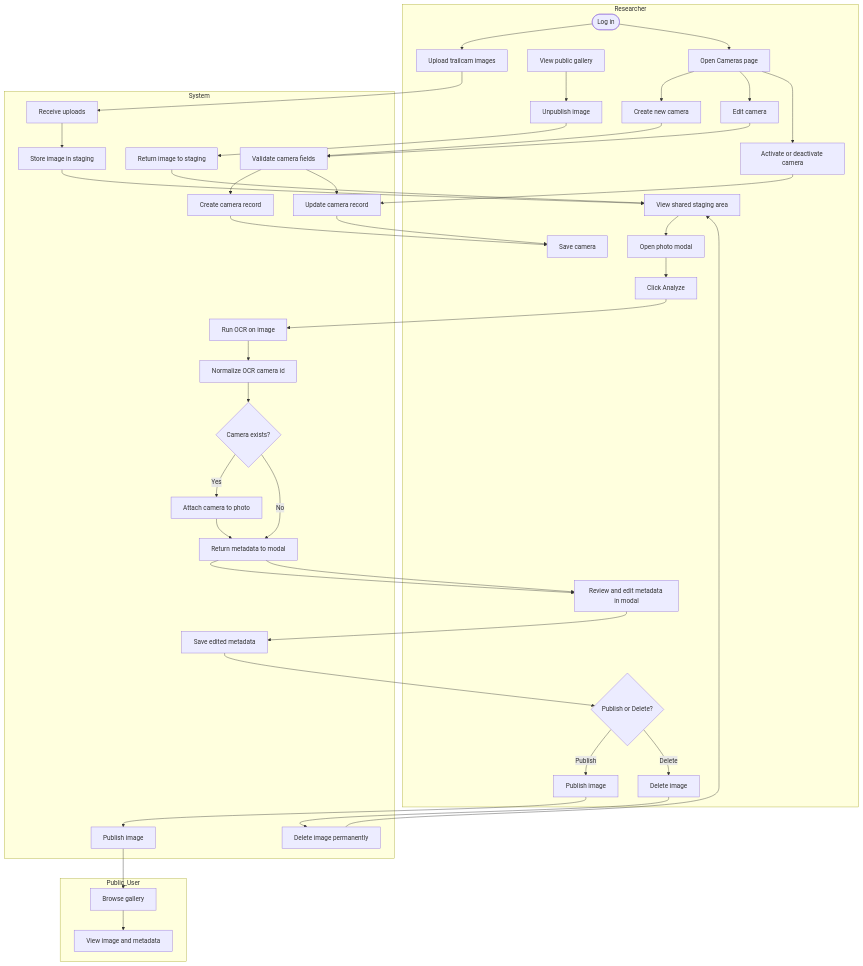
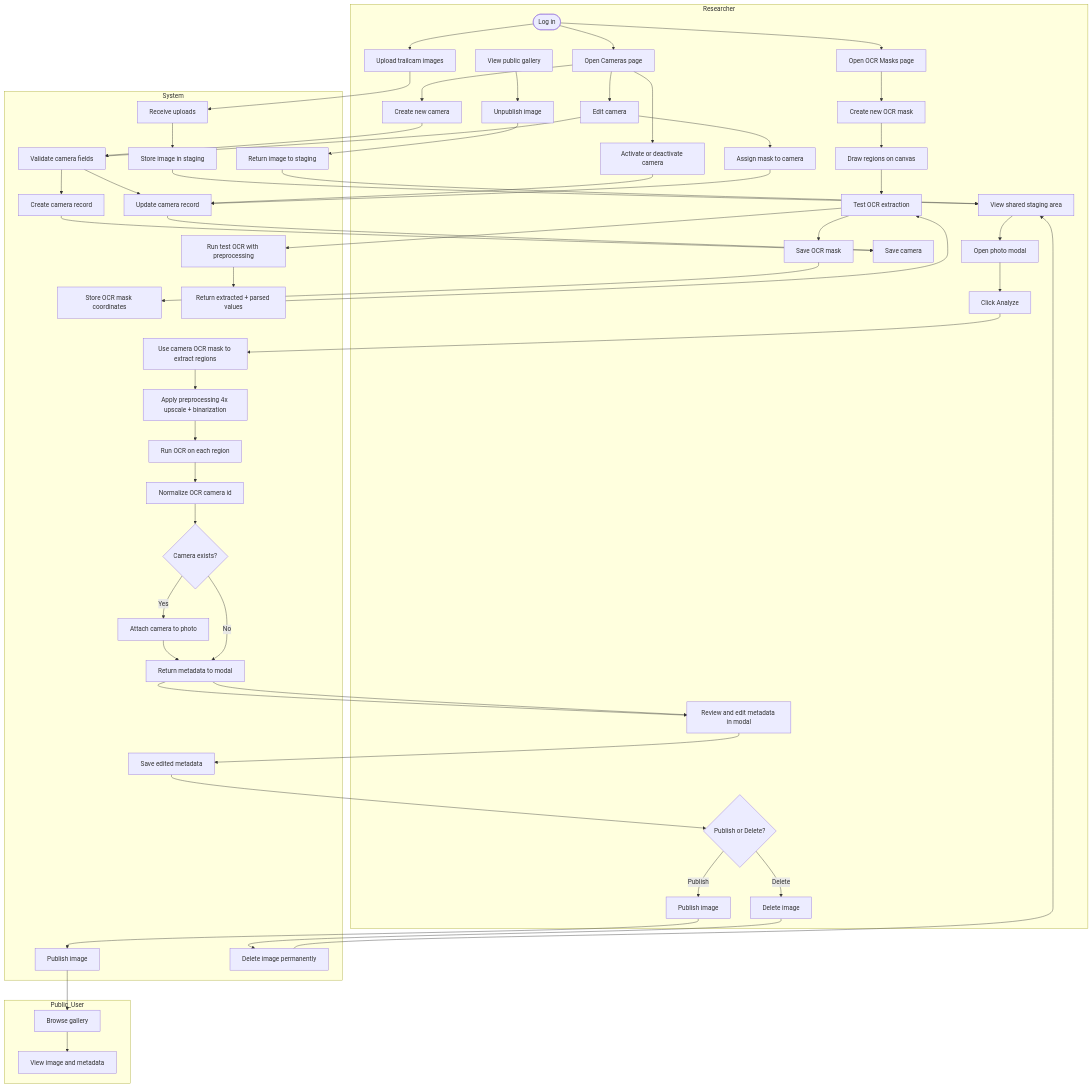
Before and after one commit to RyanEAA/django-trailcam-animal-tracker: the first of 3 diagrams in README.md, drawn with Mermaid. The commit also changed other lines of this file, not shown here.

````diff
--- a/README.md
+++ b/README.md
@@ -252,63 +260,82 @@
 ```mermaid
 flowchart TD
 
 %% ========= ROLES / SWIMLANES =========
 subgraph Researcher
   R1([Log in])
   R2[Upload trailcam images]
   R3[View shared staging area]
   R4[Open photo modal]
   R5[Click Analyze]
   R6[Review and edit metadata in modal]
   R7{Publish or Delete?}
   R8[Publish image]
   R9[Delete image]
   R10[View public gallery]
   R11[Unpublish image]
 
   RC1[Open Cameras page]
   RC2[Create new camera]
   RC3[Edit camera]
   RC4[Save camera]
   RC5[Activate or deactivate camera]
+  
+  RM1[Open OCR Masks page]
+  RM2[Create new OCR mask]
+  RM3[Draw regions on canvas]
+  RM4[Test OCR extraction]
+  RM5[Save OCR mask]
+  RM6[Assign mask to camera]
 end
 
 subgraph System
   S1[Receive uploads]
   S2[Store image in staging]
-  S3[Run OCR on image]
+  S3[Use camera OCR mask to extract regions]
+  S3B[Apply preprocessing 4x upscale + binarization]
+  S3C[Run OCR on each region]
   S3A[Normalize OCR camera id]
   S4{Camera exists?}
   S5[Attach camera to photo]
   S6[Return metadata to modal]
   S7[Save edited metadata]
   S8[Publish image]
   S9[Delete image permanently]
   S10[Return image to staging]
 
   SC1[Validate camera fields]
   SC2[Create camera record]
   SC3[Update camera record]
+  
+  SM1[Store OCR mask coordinates]
+  SM2[Run test OCR with preprocessing]
+  SM3[Return extracted + parsed values]
 end
 
 subgraph Public_User
   P1[Browse gallery]
   P2[View image and metadata]
 end
 
 %% ========= PHOTO FLOW =========
-R1 --> R2 --> S1 --> S2 --> R3 --> R4 --> R5 --> S3 --> S3A --> S4
+R1 --> R2 --> S1 --> S2 --> R3 --> R4 --> R5 --> S3 --> S3B --> S3C --> S3A --> S4
 S4 -->|Yes| S5 --> S6 --> R6 --> S7 --> R7
 S4 -->|No| S6 --> R6
 
 R7 -->|Publish| R8 --> S8 --> P1 --> P2
 R7 -->|Delete| R9 --> S9 --> R3
 
 R10 --> R11 --> S10 --> R3
 
 %% ========= CAMERA FLOW =========
 R1 --> RC1
 RC1 --> RC2 --> SC1 --> SC2 --> RC4
 RC1 --> RC3 --> SC1 --> SC3 --> RC4
 RC1 --> RC5 --> SC3
+
+%% ========= OCR MASK FLOW =========
+R1 --> RM1
+RM1 --> RM2 --> RM3 --> RM4 --> SM2 --> SM3 --> RM4
+RM4 --> RM5 --> SM1
+RC3 --> RM6 --> SC3
 ```
````
